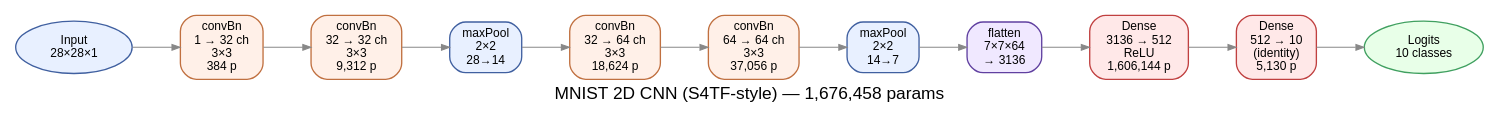
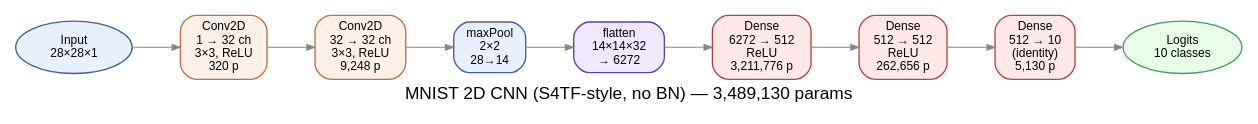
One commit to brettkoonce/lean4-mlir changed the diagram in blueprint/src/figures/arch/mnist_cnn.dot. Above: the diagram before and after it, drawn with Graphviz. The commit also changed 2 other files, not shown here.

```diff
--- a/blueprint/src/figures/arch/mnist_cnn.dot
+++ b/blueprint/src/figures/arch/mnist_cnn.dot
@@ -1,47 +1,43 @@
-// MNIST 2D CNN (S4TF-style) architecture
-// Generated for blueprint Chapter "CNN: Convolution and Pooling" — 1,676,458 params total
-// 4 × convBn + 2 × maxPool + flatten + 2 × dense. Dense head dominates at ~96%.
+// MNIST 2D CNN (S4TF Chapter 2 match — no BN, 2 conv layers)
+// Generated for blueprint Chapter "CNN: Convolution and Pooling" — 3,489,130 params
+// Architecture mirrors mnistCnnNoBn in MainAblation.lean. BN is Chapter 5.
 // Render: dot -Tpdf mnist_cnn.dot -o mnist_cnn.pdf
 //         dot -Tsvg mnist_cnn.dot -o mnist_cnn.svg
 digraph mnist_cnn {
   rankdir=LR;
   graph [fontname="Helvetica", fontsize=11, nodesep=0.3, ranksep=0.5,
-         label="MNIST 2D CNN (S4TF-style) — 1,676,458 params",
+         label="MNIST 2D CNN (S4TF-style, no BN) — 3,489,130 params",
          labelloc=b, fontsize=13];
   node [fontname="Helvetica", fontsize=9, style="rounded,filled"];
   edge [color="#888888", arrowsize=0.6, penwidth=0.8];
 
-  // Input: 28×28×1 grayscale image
+  // Input: 28×28×1 grayscale
   input [shape=ellipse, fillcolor="#e8f0ff", color="#4060a0",
          label="Input\n28×28×1"];
 
-  // First conv block — 2 × convBn at 32 ch, then maxPool
+  // Two 3×3 convs at 32 channels, ReLU, no BN
   c1 [shape=box, fillcolor="#fff0e8", color="#c07040",
-      label="convBn\n1 → 32 ch\n3×3\n384 p"];
+      label="Conv2D\n1 → 32 ch\n3×3, ReLU\n320 p"];
   c2 [shape=box, fillcolor="#fff0e8", color="#c07040",
-      label="convBn\n32 → 32 ch\n3×3\n9,312 p"];
+      label="Conv2D\n32 → 32 ch\n3×3, ReLU\n9,248 p"];
+
+  // Max-pool halves spatial resolution
   p1 [shape=box, fillcolor="#e8f0ff", color="#4060a0",
       label="maxPool\n2×2\n28→14"];
 
-  // Second conv block — 2 × convBn at 64 ch, then maxPool
-  c3 [shape=box, fillcolor="#fff0e8", color="#c07040",
-      label="convBn\n32 → 64 ch\n3×3\n18,624 p"];
-  c4 [shape=box, fillcolor="#fff0e8", color="#c07040",
-      label="convBn\n64 → 64 ch\n3×3\n37,056 p"];
-  p2 [shape=box, fillcolor="#e8f0ff", color="#4060a0",
-      label="maxPool\n2×2\n14→7"];
-
-  // Head: flatten + 2 dense
+  // Flatten, then three dense layers with the fat 6272→512 first layer
   fl [shape=box, fillcolor="#f0e8ff", color="#6040a0",
-      label="flatten\n7×7×64\n→ 3136"];
+      label="flatten\n14×14×32\n→ 6272"];
   d1 [shape=box, fillcolor="#ffe8e8", color="#c04040",
-      label="Dense\n3136 → 512\nReLU\n1,606,144 p"];
+      label="Dense\n6272 → 512\nReLU\n3,211,776 p"];
   d2 [shape=box, fillcolor="#ffe8e8", color="#c04040",
+      label="Dense\n512 → 512\nReLU\n262,656 p"];
+  d3 [shape=box, fillcolor="#ffe8e8", color="#c04040",
       label="Dense\n512 → 10\n(identity)\n5,130 p"];
 
   // Output: class logits
   out [shape=ellipse, fillcolor="#e8ffe8", color="#40a060",
        label="Logits\n10 classes"];
 
-  input -> c1 -> c2 -> p1 -> c3 -> c4 -> p2 -> fl -> d1 -> d2 -> out;
+  input -> c1 -> c2 -> p1 -> fl -> d1 -> d2 -> d3 -> out;
 }
```
